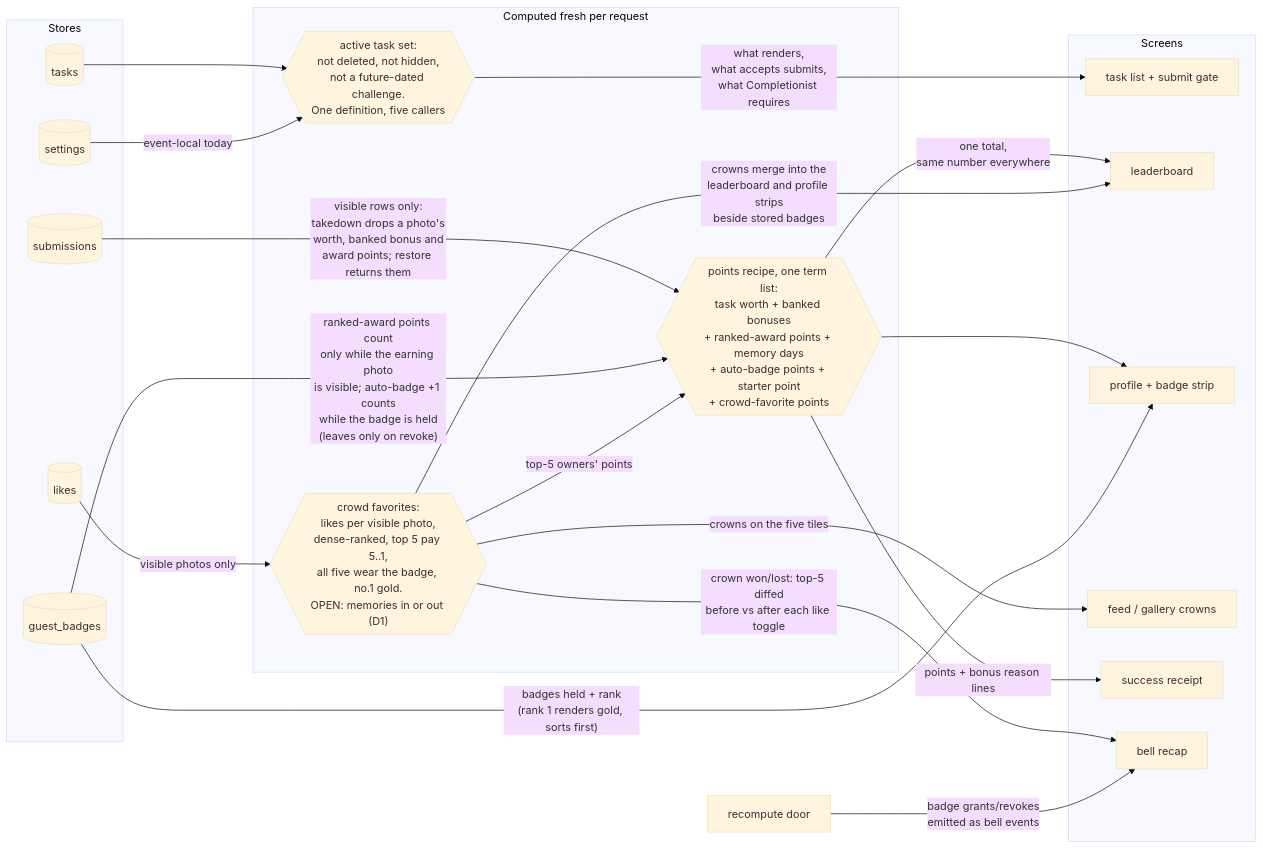
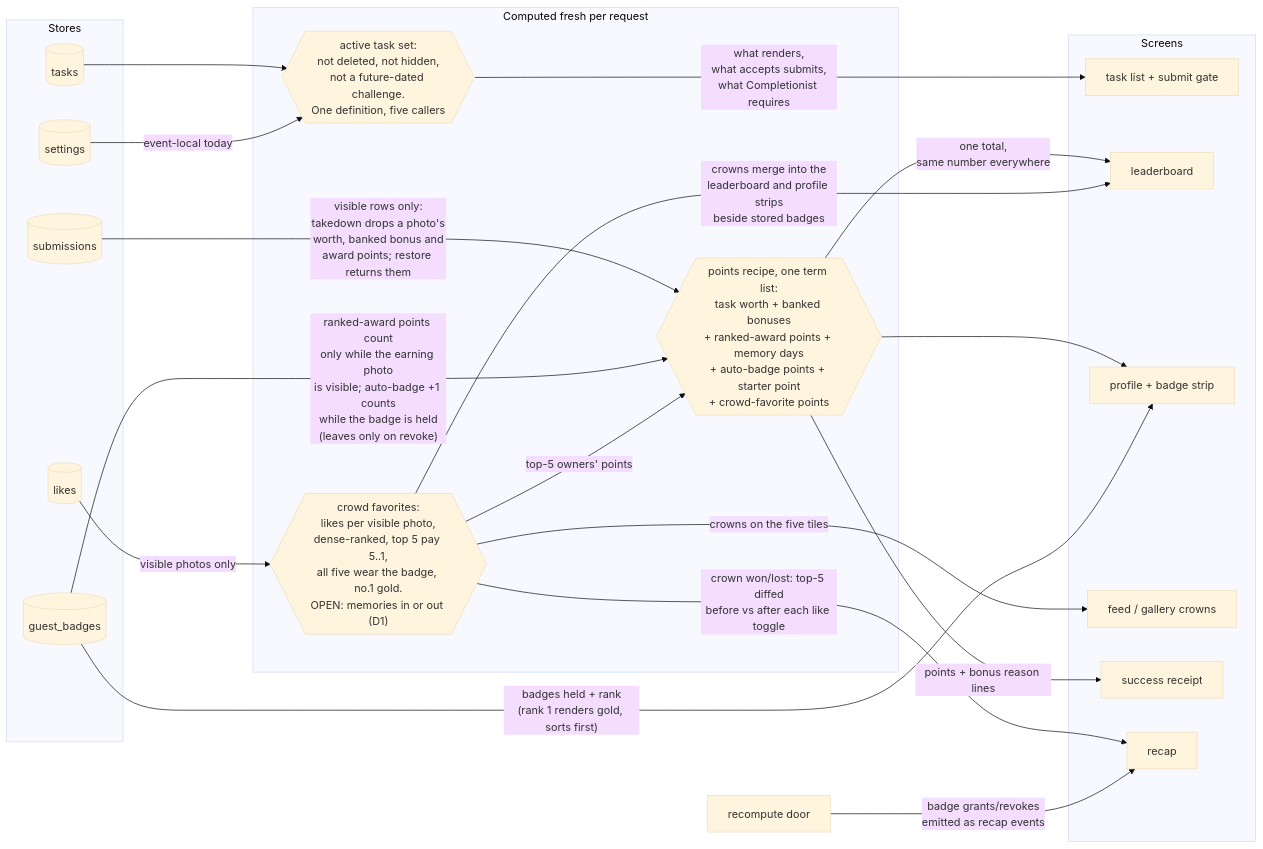
One commit to TrevorHumble/TaskMasterWedding changed the second of 4 diagrams in docs/game-design-points-badges.md. Above: the diagram before and after it, drawn with Mermaid (base theme). The commit also changed other lines of this file and 18 other files, not shown here.

````diff
--- a/docs/game-design-points-badges.md
+++ b/docs/game-design-points-badges.md
@@ -205,42 +205,42 @@
 ```mermaid
 flowchart LR
   subgraph Stores
     T[("tasks")]
     S[("submissions")]
     L[("likes")]
     GB[("guest_badges")]
     ST[("settings")]
   end
 
   subgraph Derived["Computed fresh per request"]
     ATS{{"active task set:<br/>not deleted, not hidden,<br/>not a future-dated challenge.<br/>One definition, five callers"}}
     CF{{"crowd favorites:<br/>likes per visible photo,<br/>dense-ranked, top 5 pay 5..1,<br/>all five wear the badge, no.1 gold.<br/>OPEN: memories in or out (D1)"}}
     PTS{{"points recipe, one term list:<br/>task worth + banked bonuses<br/>+ ranked-award points + memory days<br/>+ auto-badge points + starter point<br/>+ crowd-favorite points"}}
   end
 
   subgraph Screens
     TK["task list + submit gate"]
     LB["leaderboard"]
     PR["profile + badge strip"]
     FD["feed / gallery crowns"]
     RC["success receipt"]
-    BL["bell recap"]
+    BL["recap"]
   end
 
   T --> ATS
   ST -- "event-local today" --> ATS
   S -- "visible rows only:<br/>takedown drops a photo's<br/>worth, banked bonus and<br/>award points; restore returns them" --> PTS
   GB -- "ranked-award points count<br/>only while the earning photo<br/>is visible; auto-badge +1 counts<br/>while the badge is held<br/>(leaves only on revoke)" --> PTS
   L -- "visible photos only" --> CF
   CF -- "top-5 owners' points" --> PTS
 
   ATS -- "what renders,<br/>what accepts submits,<br/>what Completionist requires" --> TK
   PTS -- "one total,<br/>same number everywhere" --> LB
   PTS --> PR
   GB -- "badges held + rank<br/>(rank 1 renders gold, sorts first)" --> PR
   CF -- "crowns merge into the<br/>leaderboard and profile strips<br/>beside stored badges" --> LB
   CF -- "crowns on the five tiles" --> FD
   PTS -- "points + bonus reason lines" --> RC
   CF -- "crown won/lost: top-5 diffed<br/>before vs after each like toggle" --> BL
-  R2["recompute door"] -- "badge grants/revokes<br/>emitted as bell events" --> BL
+  R2["recompute door"] -- "badge grants/revokes<br/>emitted as recap events" --> BL
 ```
````
